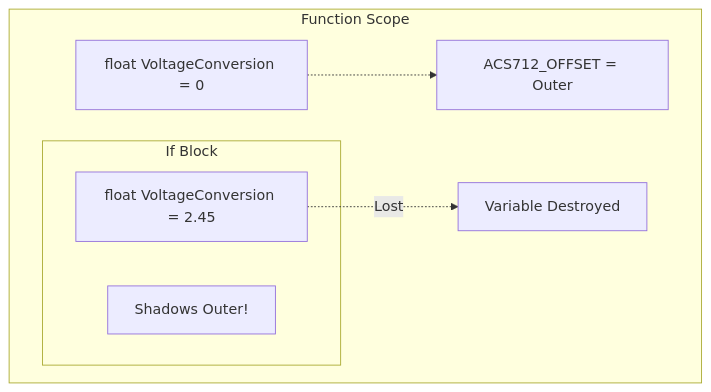
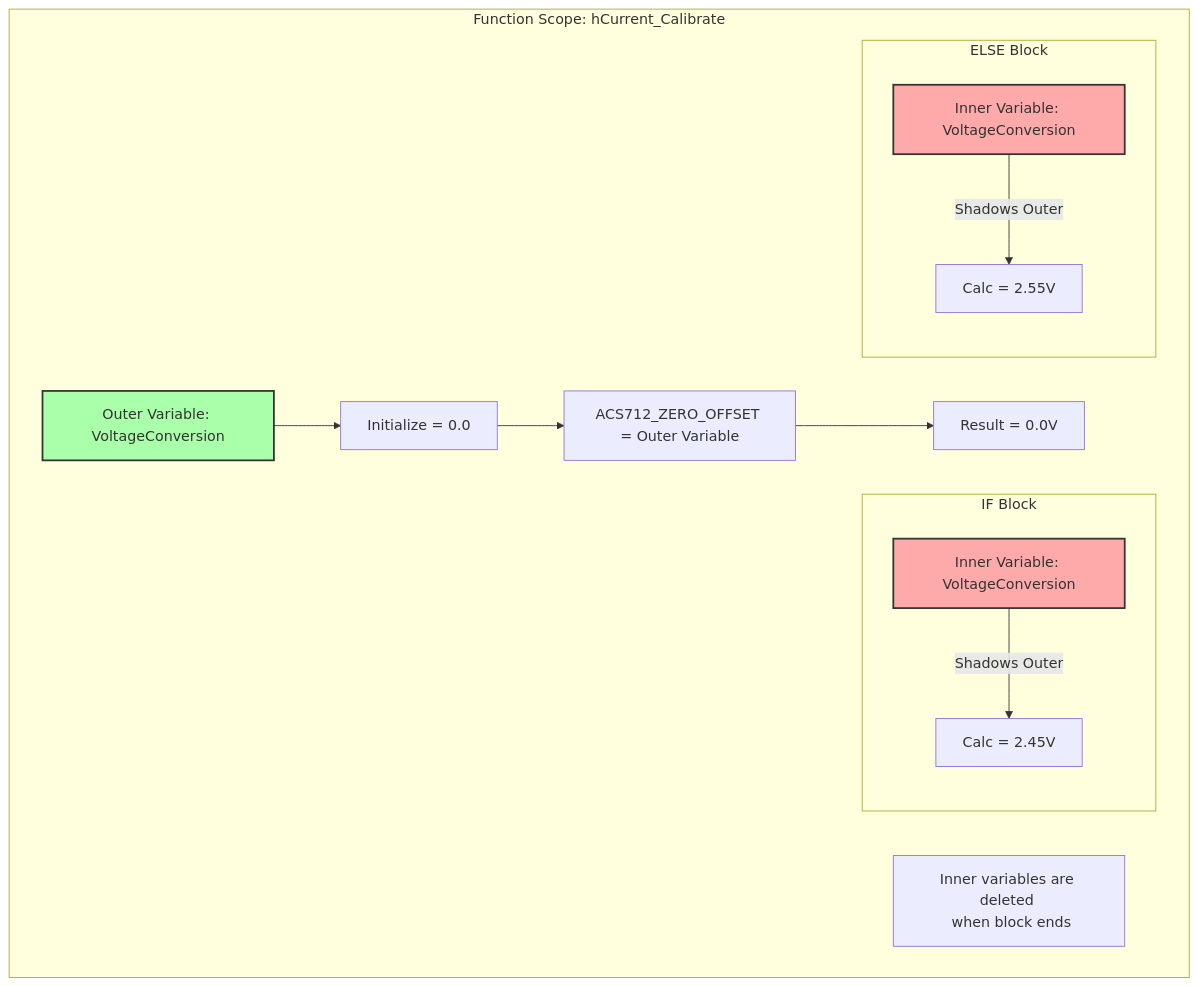
One commit to Gestell-Solution/Smart_Energy_Management_System changed the diagram in Doc/Embedded/New/06_ImplementationDoc/Bugs/FixTasks/Task02_Fix_Current_Sensor_Variable_Shadowing.md. Above: the diagram before and after it, drawn with Mermaid. The commit also changed other lines of this file and 9 other files, not shown here.

Commit message:
Docs: Enhance FixTasks with detailed metadata, visual diagrams, and implementation plans

````diff
--- a/Doc/Embedded/New/06_ImplementationDoc/Bugs/FixTasks/Task02_Fix_Current_Sensor_Variable_Shadowing.md
+++ b/Doc/Embedded/New/06_ImplementationDoc/Bugs/FixTasks/Task02_Fix_Current_Sensor_Variable_Shadowing.md
@@ -54,16 +88,33 @@
 ```mermaid
 graph TB
-    subgraph "Function Scope"
-        Outer[float VoltageConversion = 0]
+    subgraph "Function Scope: hCurrent_Calibrate"
+        Outer[Outer Variable: VoltageConversion]
+        Init[Initialize = 0.0]
 
-        subgraph "If Block"
-            Inner[float VoltageConversion = 2.45]
-            Note1[Shadows Outer!]
+        Outer --> Init
+
+        subgraph "IF Block"
+            Inner1[Inner Variable: VoltageConversion]
+            Calc1[Calc = 2.45V]
+            Inner1 -->|Shadows Outer| Calc1
         end
 
-        Final[ACS712_OFFSET = Outer]
+        subgraph "ELSE Block"
+            Inner2[Inner Variable: VoltageConversion]
+            Calc2[Calc = 2.55V]
+            Inner2 -->|Shadows Outer| Calc2
+        end
 
-        Outer -.-> Final
-        Inner -.->|Lost| Void[Variable Destroyed]
+        FinalAssign[ACS712_ZERO_OFFSET = Outer Variable]
+        Result[Result = 0.0V]
+
+        Note1[Inner variables are deleted <br/> when block ends]
+
+        Init --> FinalAssign
+        FinalAssign --> Result
     end
+
+    style Inner1 fill:#ffaaaa,stroke:#333,stroke-width:2px
+    style Inner2 fill:#ffaaaa,stroke:#333,stroke-width:2px
+    style Outer fill:#aaffaa,stroke:#333,stroke-width:2px
 ```
````
